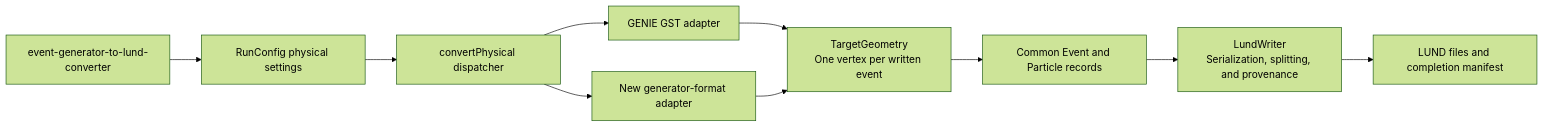
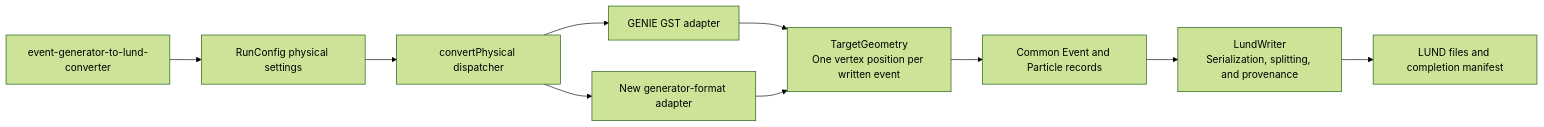
Before and after one commit to alons126/CLAS12-sample-generator: the diagram in docs/development/adding-event-generator.md, drawn with Mermaid (forest theme). The commit also changed other lines of this file and 68 other files, not shown here.

Commit message:
Standardize LUND vertex position terminology

````diff
--- a/docs/development/adding-event-generator.md
+++ b/docs/development/adding-event-generator.md
@@ -5,12 +5,12 @@
 ```mermaid
 flowchart LR
     CLI["event-generator-to-lund-converter"] --> RC["RunConfig physical settings"]
     RC --> D["convertPhysical dispatcher"]
     D --> G["GENIE GST adapter"]
     D --> N["New generator-format adapter"]
-    G --> T["TargetGeometry<br/>One vertex per written event"]
+    G --> T["TargetGeometry<br/>One vertex position per written event"]
     N --> T
     T --> E["Common Event and Particle records"]
     E --> W["LundWriter<br/>Serialization, splitting, and provenance"]
     W --> F["LUND files and completion manifest"]
 ```
````
